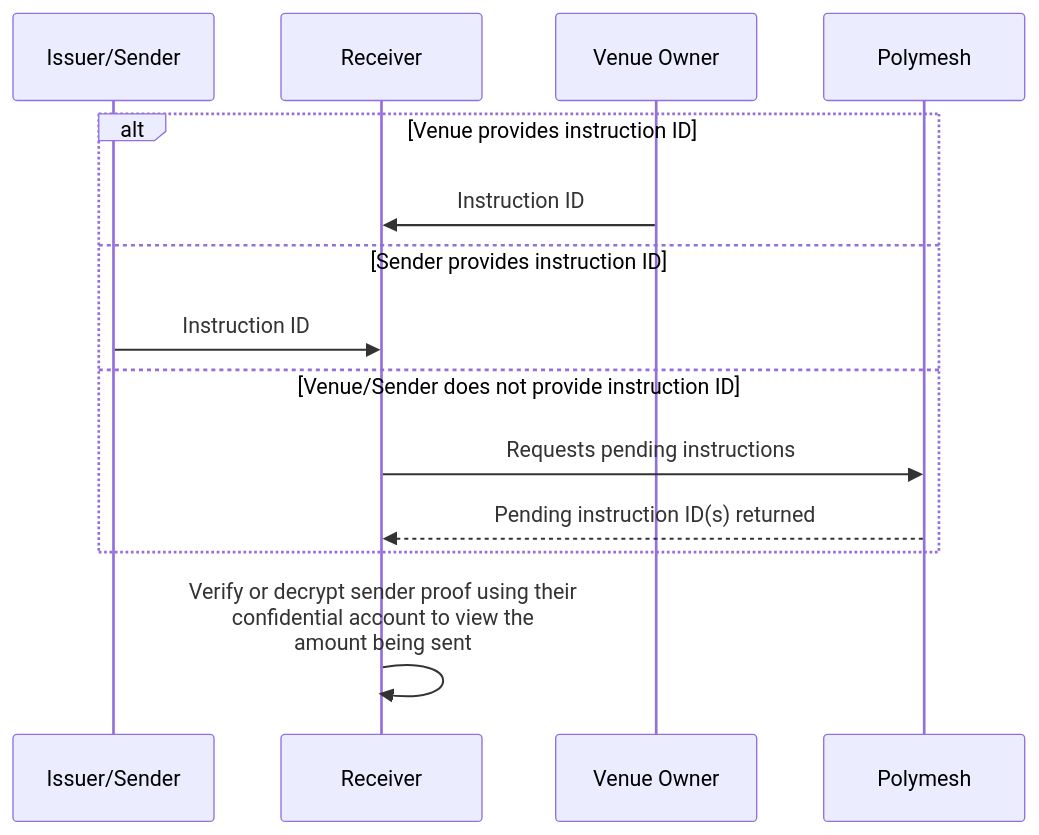
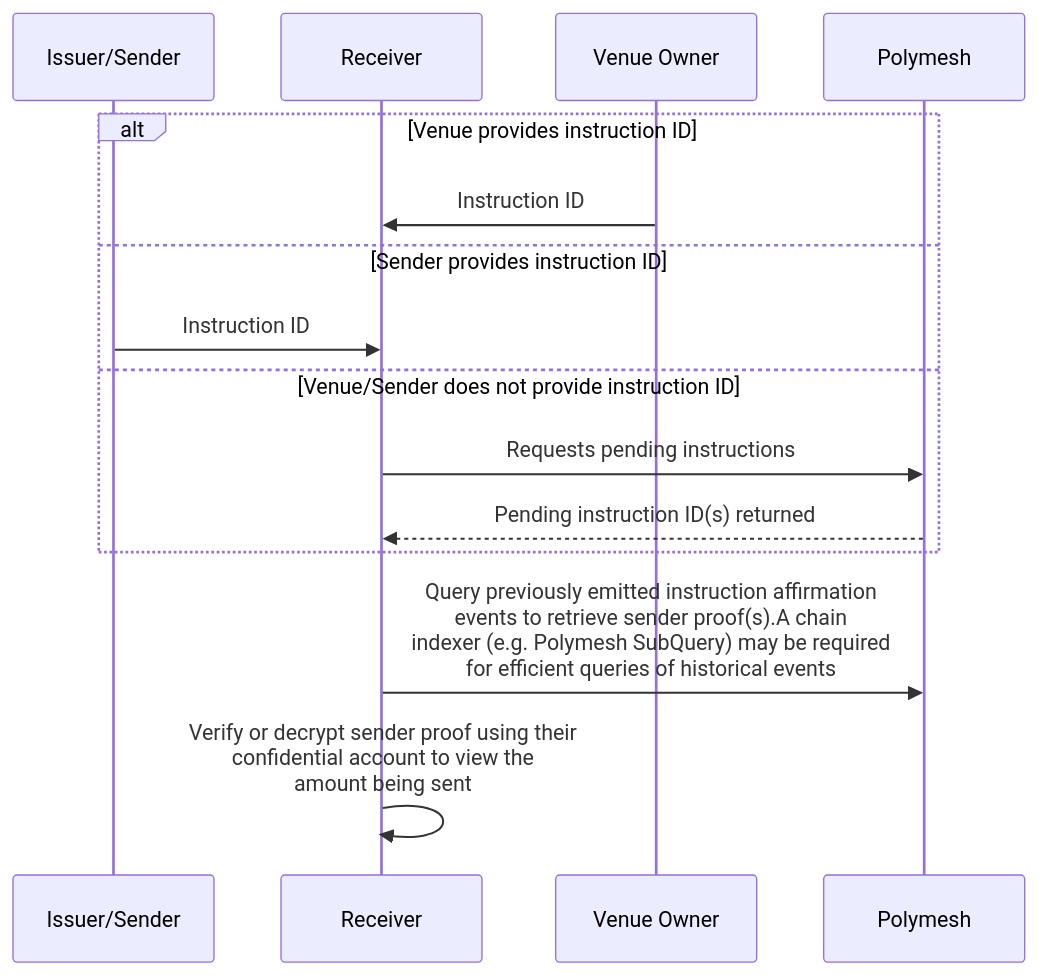
Before and after one commit to PolymeshAssociation/polymesh-documentation-site: the fifth of 9 diagrams in polymesh-docs/polymesh-private/confidential-assets/diagrams.md, drawn with Mermaid. The commit also changed other lines of this file and 1 other file, not shown here.

````diff
--- a/polymesh-docs/polymesh-private/confidential-assets/diagrams.md
+++ b/polymesh-docs/polymesh-private/confidential-assets/diagrams.md
@@ -146,19 +146,20 @@
 ```mermaid
 sequenceDiagram
 
 participant I as Issuer/Sender
 participant R as Receiver
 participant V as Venue Owner
 participant P as Polymesh
 
 alt Venue provides instruction ID
   V ->> R: Instruction ID
 else Sender provides instruction ID
   I ->> R: Instruction ID
 else Venue/Sender does not provide instruction ID
   R ->>P: Requests pending instructions
   P -->> R: Pending instruction ID(s) returned
 end
 
+R ->> P: Query previously emitted instruction affirmation<br>events to retrieve sender proof(s).A chain<br>indexer (e.g. Polymesh SubQuery) may be required<br> for efficient queries of historical events
 R ->> R: Verify or decrypt sender proof using their<br> confidential account to view the<br> amount being sent
 ```
````
